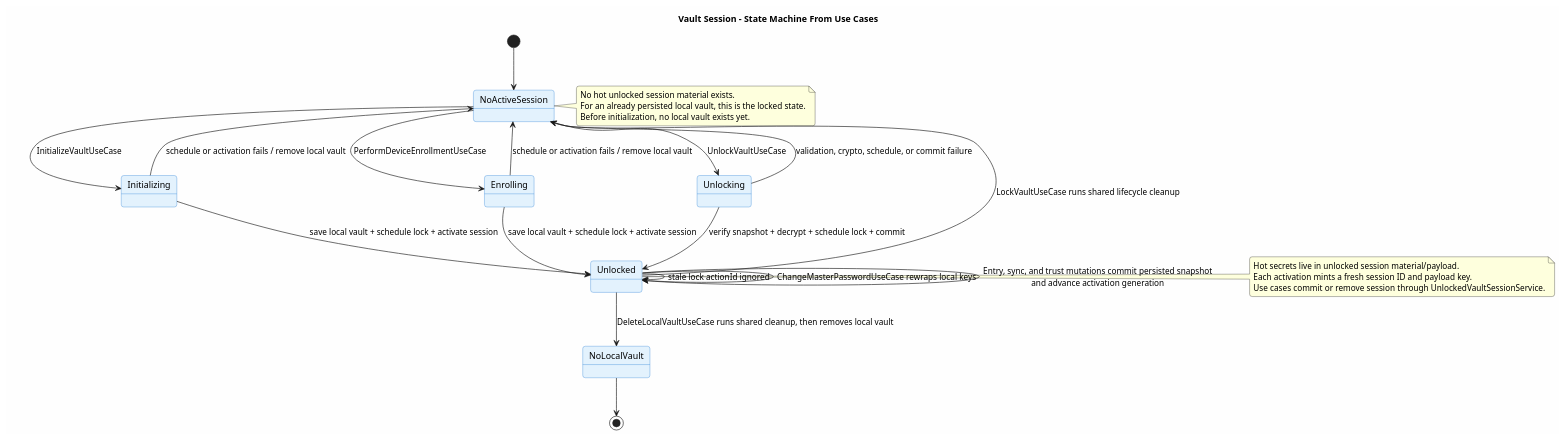
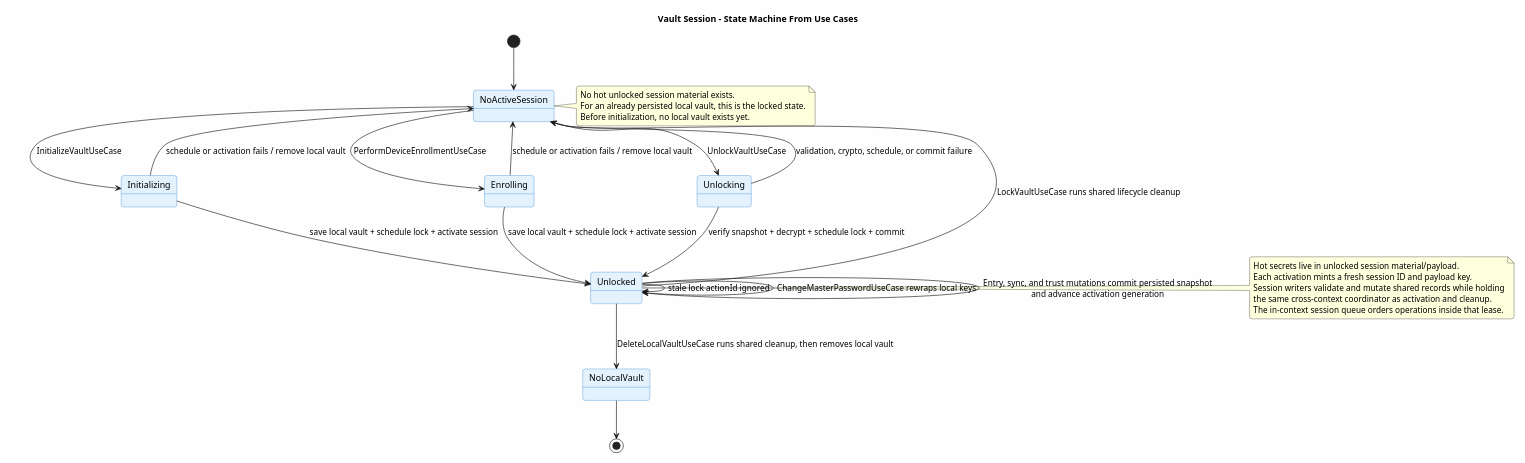
The diagram in docs/v1/use-case/vault-lifecycle/vault-session.state-machine.puml (ArionStudio/engr-serverless-pm), drawn with PlantUML before and after one commit. The commit also changed 33 other files, not shown here.

Commit message:
fix(core): coordinate unlocked session mutations

```diff
--- a/docs/v1/use-case/vault-lifecycle/vault-session.state-machine.puml
+++ b/docs/v1/use-case/vault-lifecycle/vault-session.state-machine.puml
@@ -1,48 +1,50 @@
 @startuml vault-session-state-machine
 title Vault Session - State Machine From Use Cases
 
 skinparam backgroundColor #FEFEFE
 skinparam roundcorner 8
 skinparam shadowing false
 skinparam state {
   BackgroundColor #E3F2FD
   BorderColor #1976D2
 }
 
 state "NoActiveSession" as NoActiveSession
 
 [*] --> NoActiveSession
 
 NoActiveSession --> Initializing : InitializeVaultUseCase
 Initializing --> Unlocked : save local vault + schedule lock + activate session
 Initializing --> NoActiveSession : schedule or activation fails / remove local vault
 
 NoActiveSession --> Enrolling : PerformDeviceEnrollmentUseCase
 Enrolling --> Unlocked : save local vault + schedule lock + activate session
 Enrolling --> NoActiveSession : schedule or activation fails / remove local vault
 
 NoActiveSession --> Unlocking : UnlockVaultUseCase
 Unlocking --> Unlocked : verify snapshot + decrypt + schedule lock + commit
 Unlocking --> NoActiveSession : validation, crypto, schedule, or commit failure
 
 Unlocked --> NoActiveSession : LockVaultUseCase runs shared lifecycle cleanup
 Unlocked --> Unlocked : stale lock actionId ignored
 Unlocked --> NoLocalVault : DeleteLocalVaultUseCase runs shared cleanup, then removes local vault
 Unlocked --> Unlocked : ChangeMasterPasswordUseCase rewraps local keys
 Unlocked --> Unlocked : Entry, sync, and trust mutations commit persisted snapshot\nand advance activation generation
 
 NoLocalVault --> [*]
 
 note right of NoActiveSession
 No hot unlocked session material exists.
 For an already persisted local vault, this is the locked state.
 Before initialization, no local vault exists yet.
 end note
 
 note right of Unlocked
 Hot secrets live in unlocked session material/payload.
 Each activation mints a fresh session ID and payload key.
-Use cases commit or remove session through UnlockedVaultSessionService.
+Session writers validate and mutate shared records while holding
+the same cross-context coordinator as activation and cleanup.
+The in-context session queue orders operations inside that lease.
 end note
 
 @enduml
```
